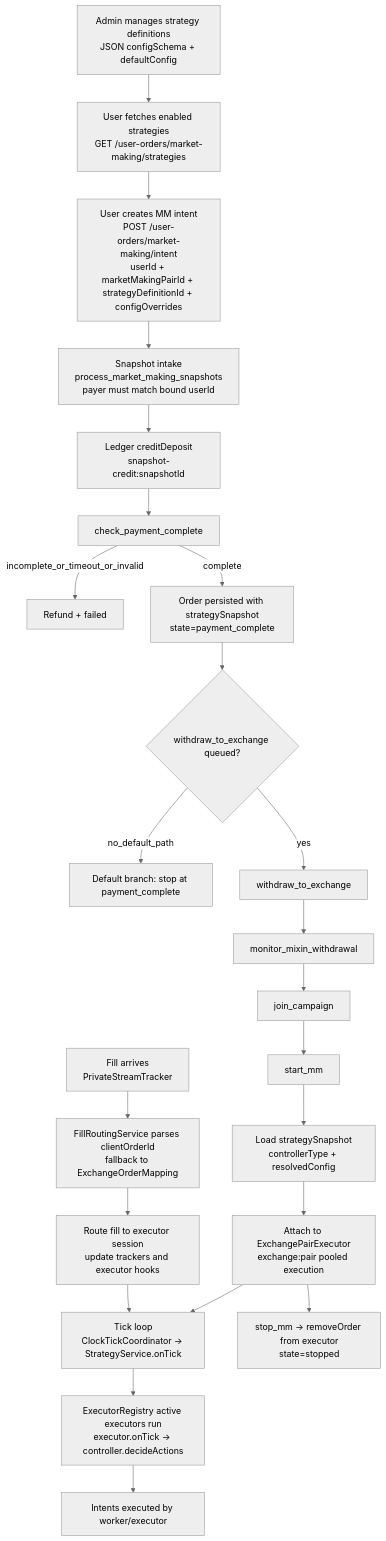
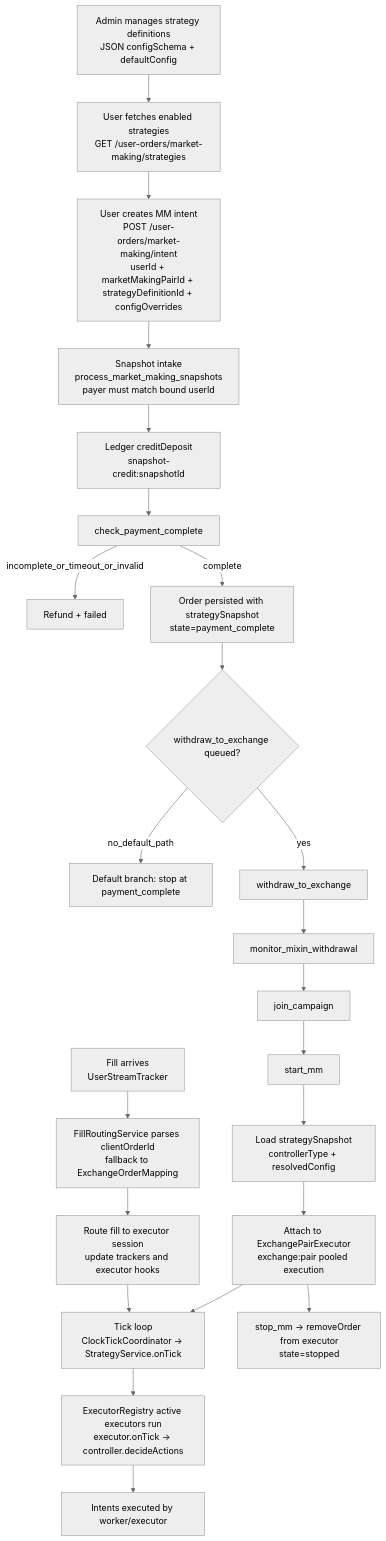
The diagram in docs/architecture/market-making-flow.md (zed-wong/Mr.Market), drawn with Mermaid (neutral theme) before and after one commit. The commit also changed other lines of this file and 9 other files, not shown here.

First line of the commit message:
docs: align active architecture docs with the user-stream model

````diff
--- a/docs/architecture/market-making-flow.md
+++ b/docs/architecture/market-making-flow.md
@@ -49,49 +49,49 @@
 ```mermaid
 flowchart TD
   A[Admin manages strategy definitions<br/>JSON configSchema + defaultConfig]
   B[User fetches enabled strategies<br/>GET /user-orders/market-making/strategies]
   C[User creates MM intent<br/>POST /user-orders/market-making/intent<br/>userId + marketMakingPairId + strategyDefinitionId + configOverrides]
   D[Snapshot intake<br/>process_market_making_snapshots<br/>payer must match bound userId]
   E[Ledger creditDeposit<br/>snapshot-credit:snapshotId]
   F[check_payment_complete]
   G[Refund + failed]
   H[Order persisted with strategySnapshot<br/>state=payment_complete]
   I{withdraw_to_exchange queued?}
   J[Default branch: stop at payment_complete]
   K[withdraw_to_exchange]
   L[monitor_mixin_withdrawal]
   M[join_campaign]
   N[start_mm]
   O[Load strategySnapshot<br/>controllerType + resolvedConfig]
   P[Attach to ExchangePairExecutor<br/>exchange:pair pooled execution]
   Q[Tick loop<br/>ClockTickCoordinator -> StrategyService.onTick]
   R[ExecutorRegistry active executors run<br/>executor.onTick -> controller.decideActions]
   S[Intents executed by worker/executor]
-  T[Fill arrives<br/>PrivateStreamTracker]
+  T[Fill arrives<br/>UserStreamTracker]
   U[FillRoutingService parses clientOrderId<br/>fallback to ExchangeOrderMapping]
   V[Route fill to executor session<br/>update trackers and executor hooks]
   W[stop_mm -> removeOrder from executor<br/>state=stopped]
 
   A --> B
   B --> C
   C --> D
   D --> E
   E --> F
   F -->|incomplete_or_timeout_or_invalid| G
   F -->|complete| H
   H --> I
   I -->|no_default_path| J
   I -->|yes| K
   K --> L
   L --> M
   M --> N
   N --> O
   O --> P
   P --> Q
   Q --> R
   R --> S
   T --> U
   U --> V
   V --> Q
   P --> W
 ```
````
